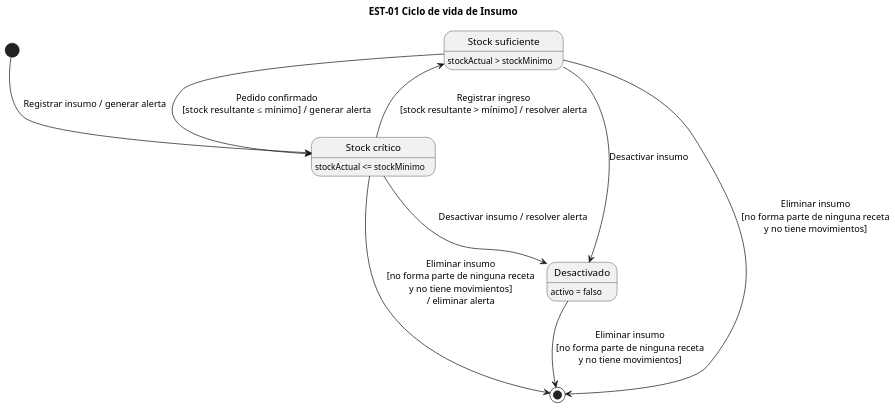
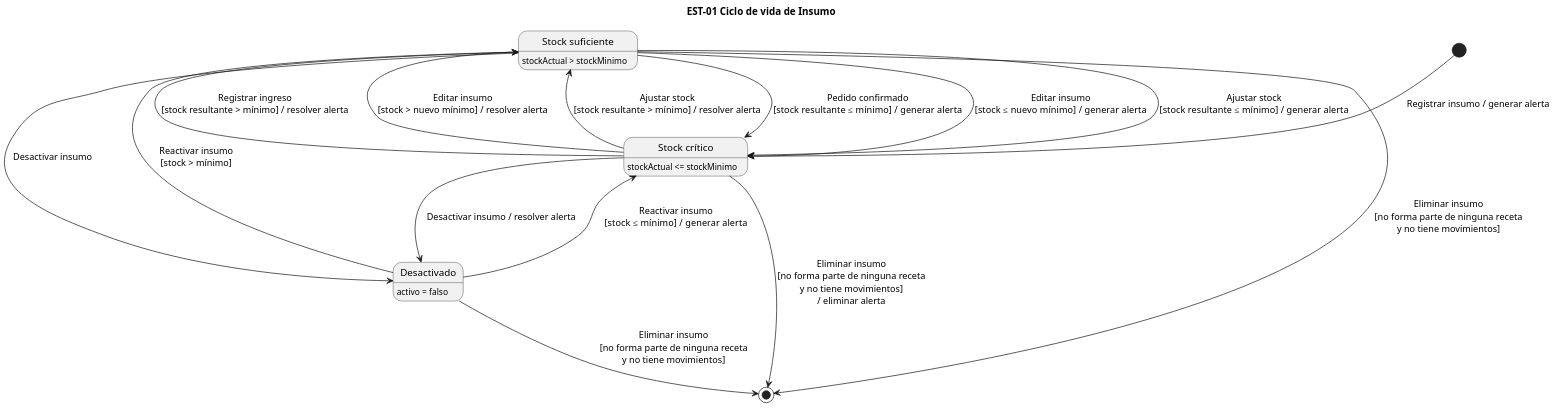
One commit to lambtto/Gestor-Inventario-Brookie changed the diagram in diagramas/est-01.puml. Above: the diagram before and after it, drawn with PlantUML. The commit also changed 21 other files, not shown here.

First line of the commit message:
Validación HU-06: editar/reactivar insumos, nombre y costo CLP, ventana emergente; nueva HU-07 Ajustar stock

```diff
--- a/diagramas/est-01.puml
+++ b/diagramas/est-01.puml
@@ -1,20 +1,26 @@
 @startuml est-01
 title EST-01 Ciclo de vida de Insumo
 skinparam dpi 140
 state "Stock suficiente" as Suf
 state "Stock crítico" as Cri
 state "Desactivado" as Des
 
 Suf : stockActual > stockMinimo
 Cri : stockActual <= stockMinimo
 Des : activo = falso
 
 [*] --> Cri : Registrar insumo / generar alerta
 Suf --> Cri : Pedido confirmado\n[stock resultante ≤ mínimo] / generar alerta
 Cri --> Suf : Registrar ingreso\n[stock resultante > mínimo] / resolver alerta
 Suf --> Des : Desactivar insumo
 Cri --> Des : Desactivar insumo / resolver alerta
 Suf --> [*] : Eliminar insumo\n[no forma parte de ninguna receta\ny no tiene movimientos]
 Cri --> [*] : Eliminar insumo\n[no forma parte de ninguna receta\ny no tiene movimientos]\n/ eliminar alerta
 Des --> [*] : Eliminar insumo\n[no forma parte de ninguna receta\ny no tiene movimientos]
+Des --> Cri : Reactivar insumo\n[stock ≤ mínimo] / generar alerta
+Des --> Suf : Reactivar insumo\n[stock > mínimo]
+Suf --> Cri : Editar insumo\n[stock ≤ nuevo mínimo] / generar alerta
+Cri --> Suf : Editar insumo\n[stock > nuevo mínimo] / resolver alerta
+Suf --> Cri : Ajustar stock\n[stock resultante ≤ mínimo] / generar alerta
+Cri --> Suf : Ajustar stock\n[stock resultante > mínimo] / resolver alerta
 @enduml
```
